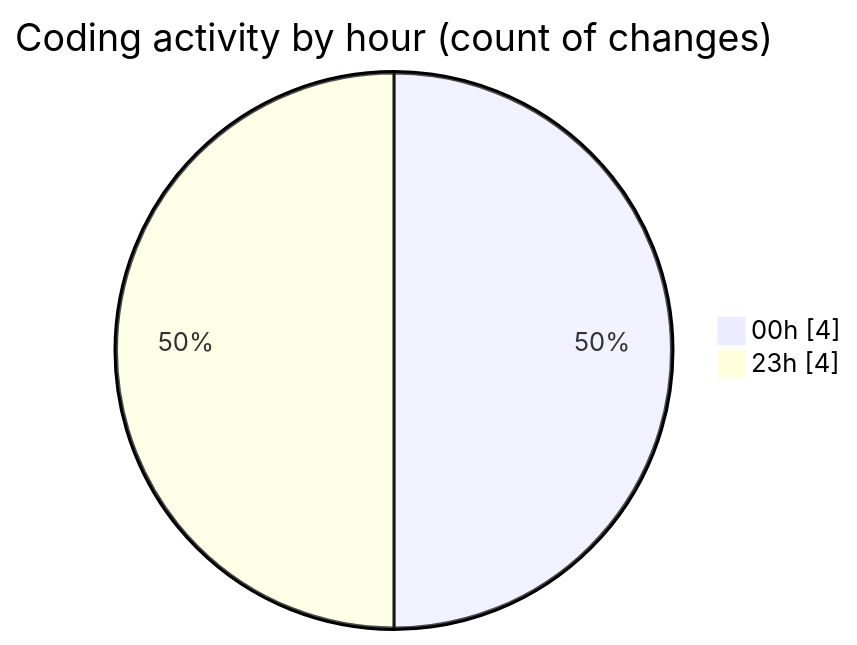
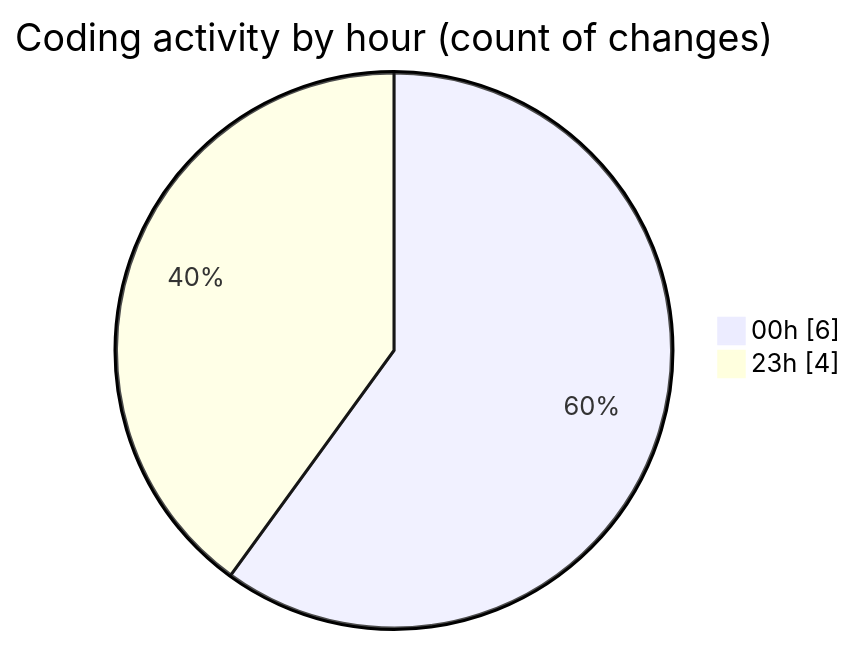
The second of 2 diagrams in 2025-08-21/napxuvn/README.md (lephambinh05/code-tracking), drawn with Mermaid before and after one commit. The commit also changed other lines of this file and 1 other file, not shown here.

````diff
--- a/2025-08-21/napxuvn/README.md
+++ b/2025-08-21/napxuvn/README.md
@@ -31,6 +32,6 @@
 ```mermaid
 pie showData
 title Coding activity by hour (count of changes)
-"00h" : 4
+"00h" : 6
 "23h" : 4
 ```
````
